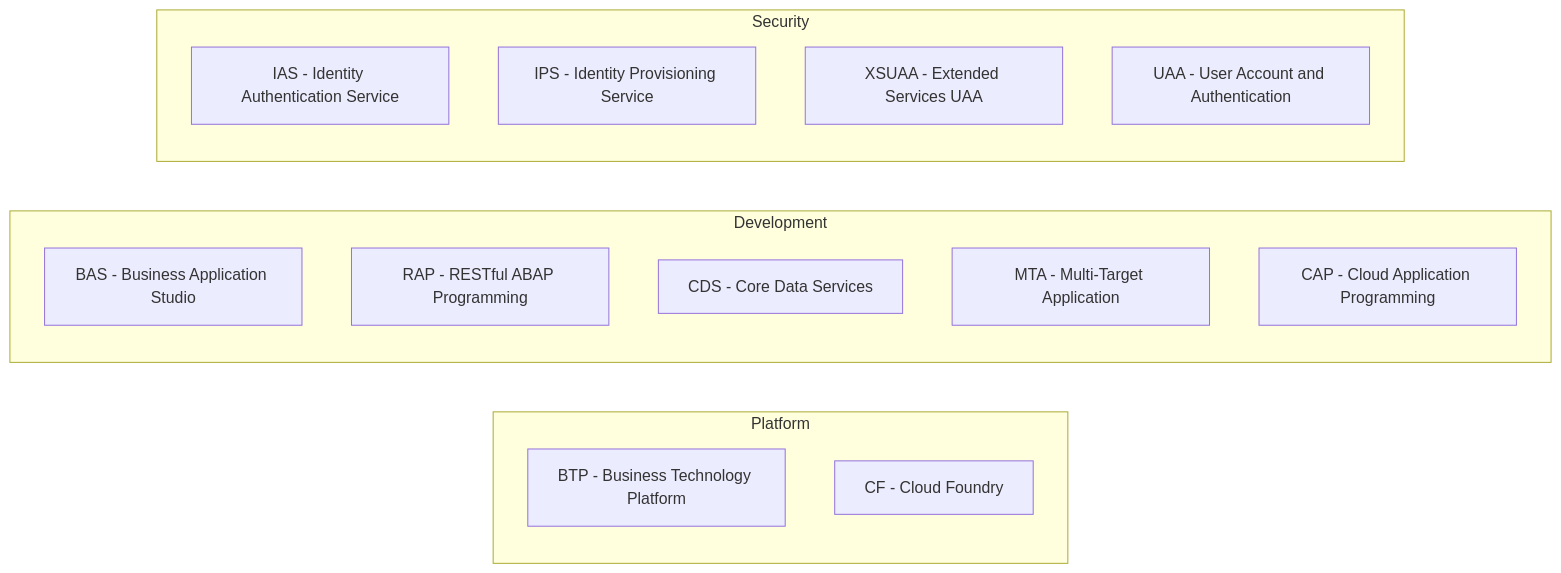
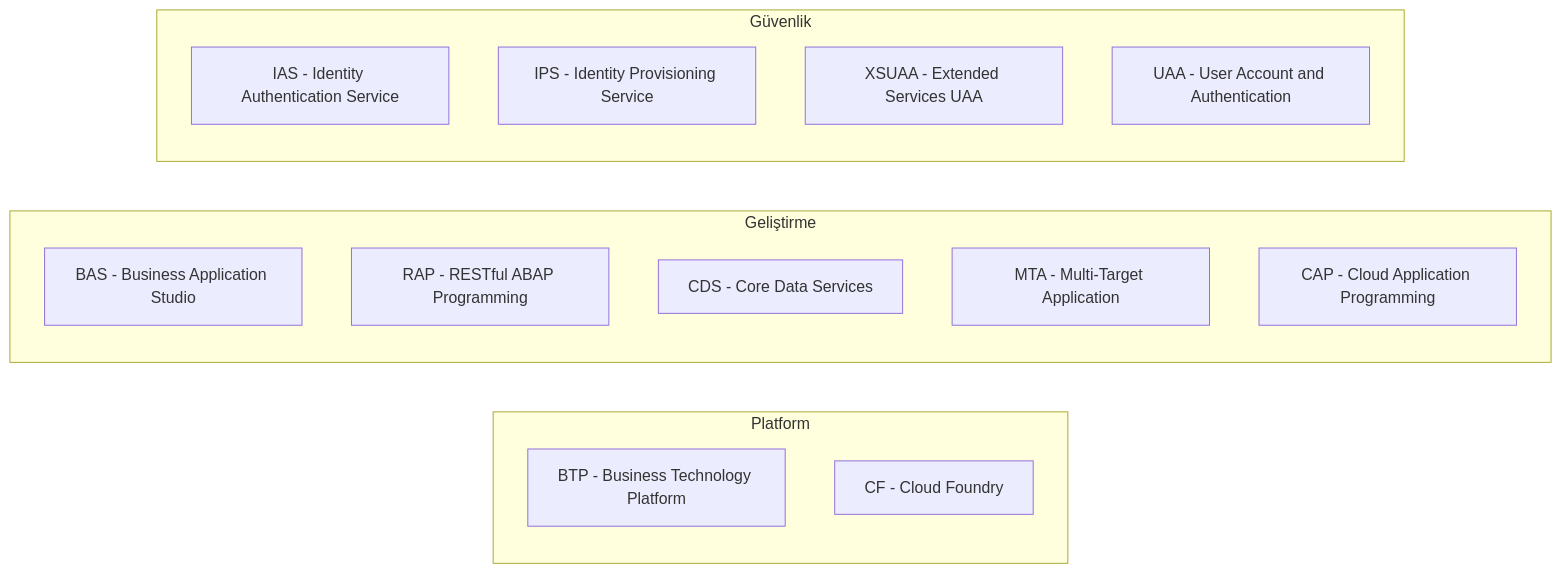
One commit to beyhanmeyrali/sap-all changed the second of 3 diagrams in Technical Tutorials/BTP/TR/chapters/appendix-b-glossary.md. Above: the diagram before and after it, drawn with Mermaid. The commit also changed other lines of this file and 11 other files, not shown here.

````diff
--- a/Technical Tutorials/BTP/TR/chapters/appendix-b-glossary.md
+++ b/Technical Tutorials/BTP/TR/chapters/appendix-b-glossary.md
@@ -92,22 +92,22 @@
 ```mermaid
 graph LR
     subgraph "Platform"
         BTP[BTP - Business Technology Platform]
         CF[CF - Cloud Foundry]
     end
 
-    subgraph "Development"
+    subgraph "Geliştirme"
         BAS[BAS - Business Application Studio]
         RAP[RAP - RESTful ABAP Programming]
         CDS[CDS - Core Data Services]
         MTA[MTA - Multi-Target Application]
         CAP[CAP - Cloud Application Programming]
     end
 
-    subgraph "Security"
+    subgraph "Güvenlik"
         IAS[IAS - Identity Authentication Service]
         IPS[IPS - Identity Provisioning Service]
         XSUAA[XSUAA - Extended Services UAA]
         UAA[UAA - User Account and Authentication]
     end
 ```
````
